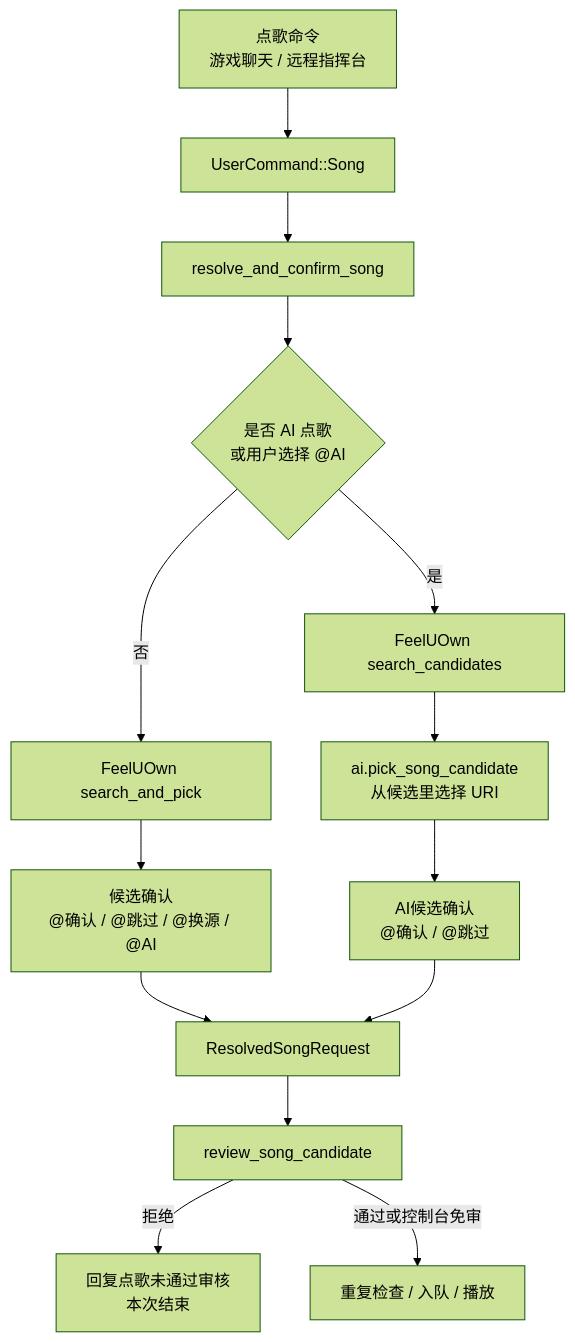
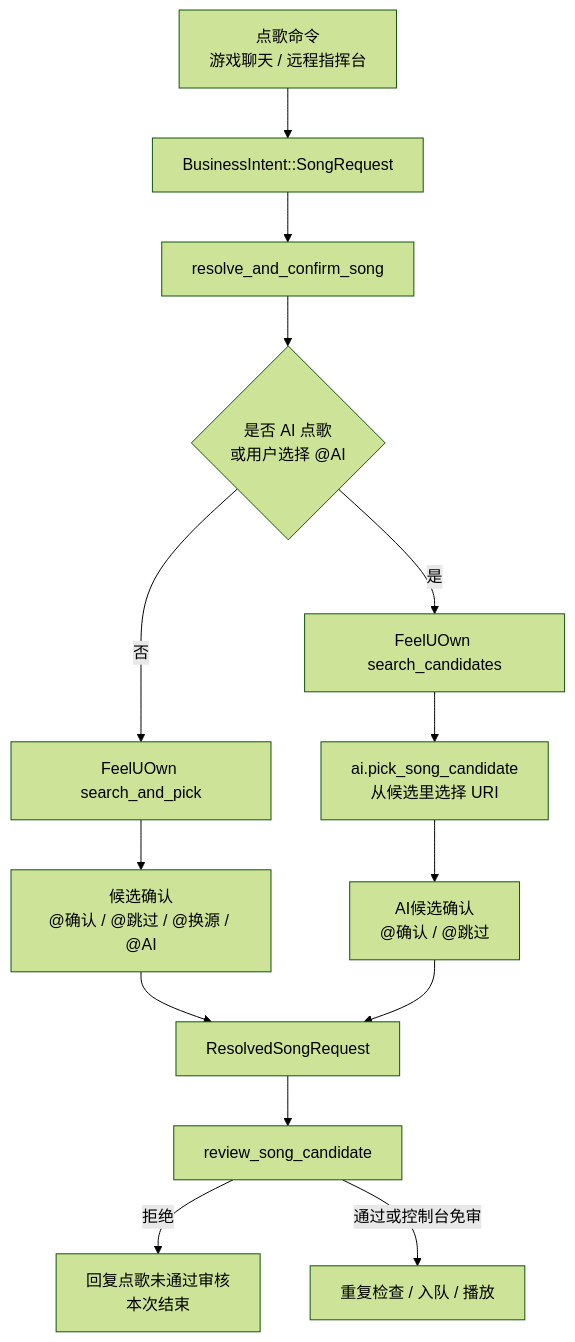
The diagram in docs/ai-song-review-flow.md (XingNian-www/Miliastra-Wonderland-Music), drawn with Mermaid (forest theme) before and after one commit. The commit also changed other lines of this file and 168 other files, not shown here.

Commit message:
refactor: complete application architecture migration

````diff
--- a/docs/ai-song-review-flow.md
+++ b/docs/ai-song-review-flow.md
@@ -16,16 +16,16 @@
 ```mermaid
 flowchart TD
-    A["点歌命令<br/>游戏聊天 / 远程指挥台"] --> B["UserCommand::Song"]
+    A["点歌命令<br/>游戏聊天 / 远程指挥台"] --> B["BusinessIntent::SongRequest"]
     B --> C["resolve_and_confirm_song"]
     C --> D{"是否 AI 点歌<br/>或用户选择 @AI"}
     D -->|否| E["FeelUOwn search_and_pick"]
     D -->|是| F["FeelUOwn search_candidates"]
     F --> G["ai.pick_song_candidate<br/>从候选里选择 URI"]
     E --> H["候选确认<br/>@确认 / @跳过 / @换源 / @AI"]
     G --> I["AI候选确认<br/>@确认 / @跳过"]
     H --> J["ResolvedSongRequest"]
     I --> J
     J --> K["review_song_candidate"]
     K -->|拒绝| L["回复点歌未通过审核<br/>本次结束"]
     K -->|通过或控制台免审| M["重复检查 / 入队 / 播放"]
 ```
````
